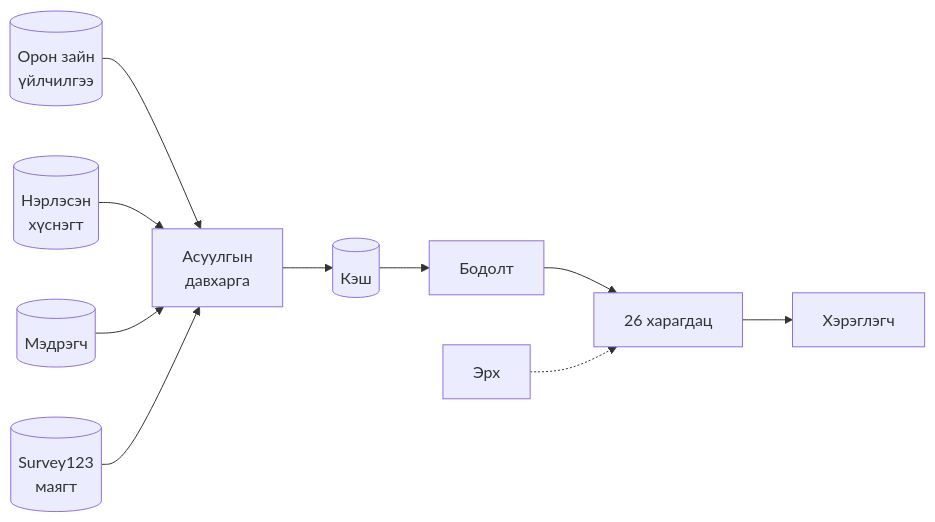
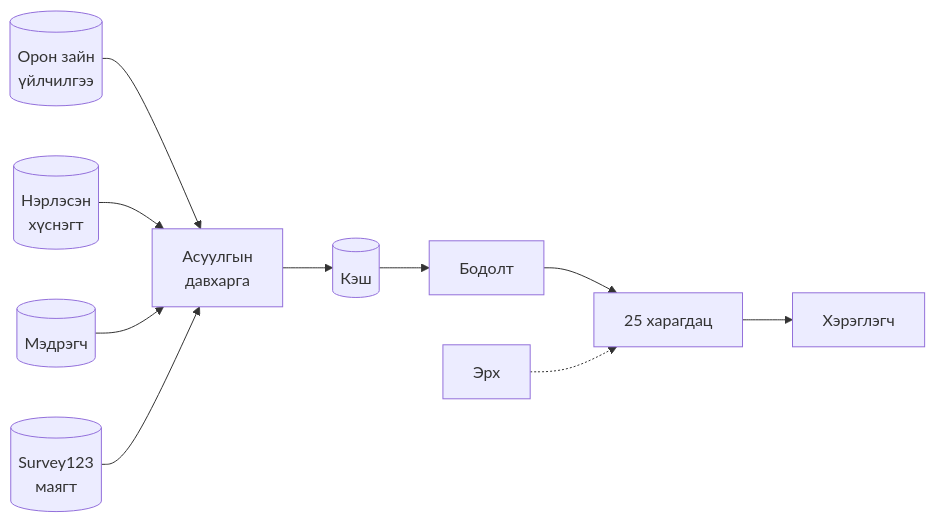
The diagram in docs/SYSTEM.md (monmapgisteam-oss/Selbe_db), drawn with Mermaid before and after one commit. The commit also changed other lines of this file and 91 other files, not shown here.

````diff
--- a/docs/SYSTEM.md
+++ b/docs/SYSTEM.md
@@ -46,12 +46,12 @@
 ```mermaid
 flowchart LR
   SPACE[(Орон зайн<br/>үйлчилгээ)] --> Q[Асуулгын<br/>давхарга]
   TABLE[(Нэрлэсэн<br/>хүснэгт)] --> Q
   IOT[(Мэдрэгч)] --> Q
   FORM[(Survey123<br/>маягт)] --> Q
   Q --> CACHE[(Кэш)]
   CACHE --> CALC[Бодолт]
-  CALC --> VIEW[26 харагдац]
+  CALC --> VIEW[25 харагдац]
   VIEW --> USER[Хэрэглэгч]
   ACL[Эрх] -.-> VIEW
 ```
````
